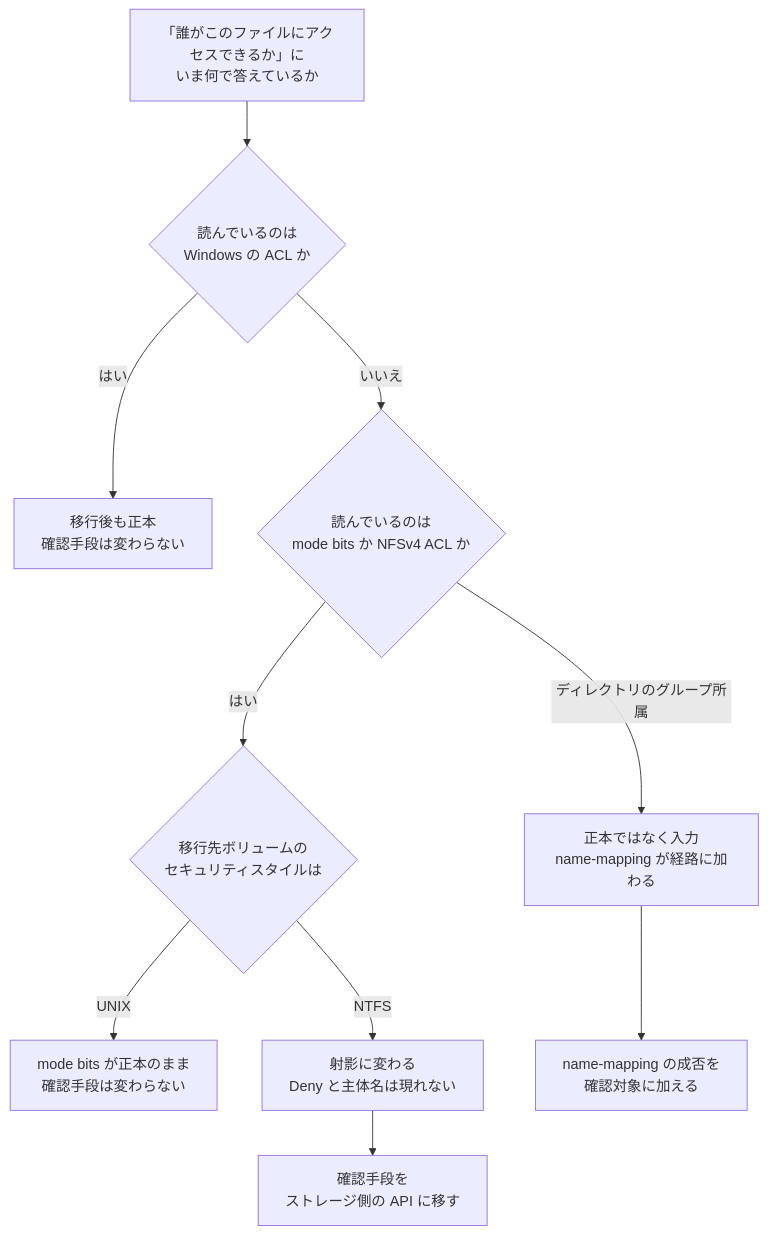
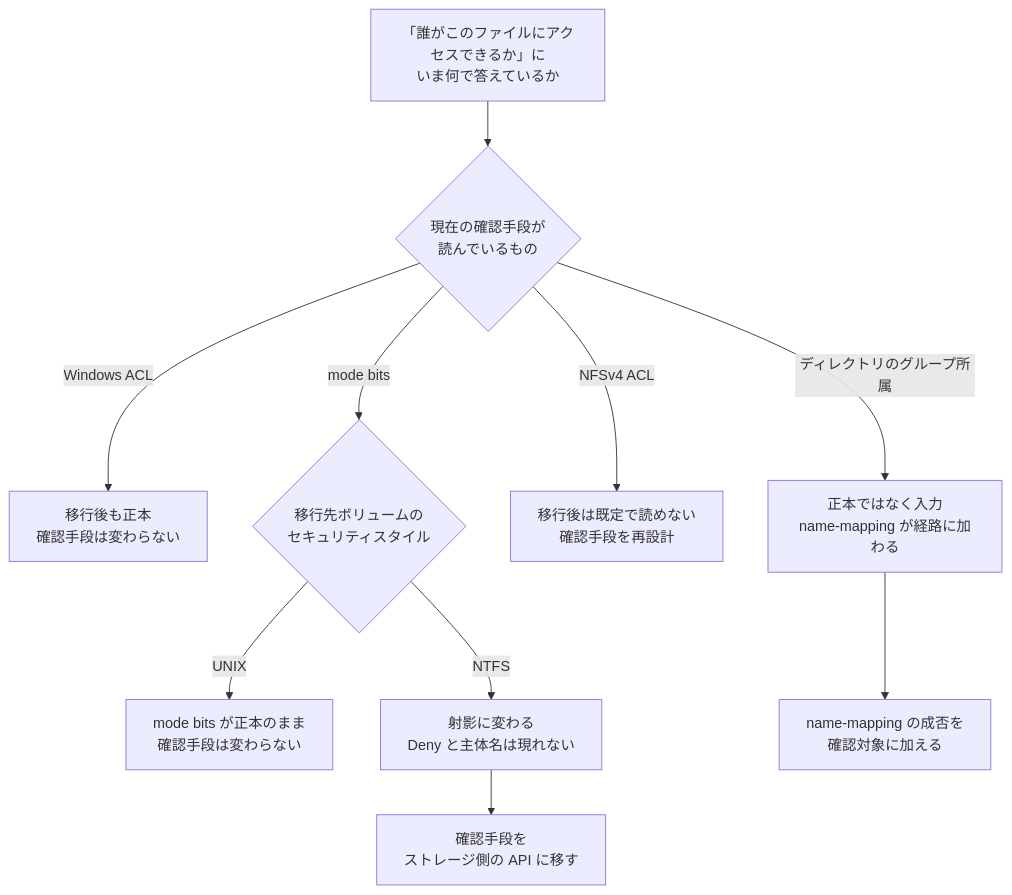
Before and after one commit to Yoshiki0705/FSx-for-ONTAP-Adoption-Playbook: the diagram in docs/ja/reference/decision-trees/verifying-permissions-after-a-protocol-change.md, drawn with Mermaid. The commit also changed 257 other files, not shown here.

````diff
--- a/docs/ja/reference/decision-trees/verifying-permissions-after-a-protocol-change.md
+++ b/docs/ja/reference/decision-trees/verifying-permissions-after-a-protocol-change.md
@@ -63,12 +63,12 @@
 ```mermaid
 graph TD
-    START["「誰がこのファイルにアクセスできるか」に<br/>いま何で答えているか"] --> Q1{"読んでいるのは<br/>Windows の ACL か"}
-    Q1 -->|はい| KEEP["移行後も正本<br/>確認手段は変わらない"]
-    Q1 -->|いいえ| Q2{"読んでいるのは<br/>mode bits か NFSv4 ACL か"}
-    Q2 -->|はい| Q3{"移行先ボリュームの<br/>セキュリティスタイルは"}
-    Q2 -->|ディレクトリのグループ所属| MAP["正本ではなく入力<br/>name-mapping が経路に加わる"]
+    START["「誰がこのファイルにアクセスできるか」に<br/>いま何で答えているか"] --> CURRENT{"現在の確認手段が<br/>読んでいるもの"}
+    CURRENT -->|Windows ACL| KEEP["移行後も正本<br/>確認手段は変わらない"]
+    CURRENT -->|mode bits| Q3{"移行先ボリュームの<br/>セキュリティスタイル"}
+    CURRENT -->|NFSv4 ACL| NFS4["移行後は既定で読めない<br/>確認手段を再設計"]
+    CURRENT -->|ディレクトリのグループ所属| MAP["正本ではなく入力<br/>name-mapping が経路に加わる"]
     Q3 -->|UNIX| KEEP2["mode bits が正本のまま<br/>確認手段は変わらない"]
     Q3 -->|NTFS| PROJ["射影に変わる<br/>Deny と主体名は現れない"]
     PROJ --> ACT["確認手段を<br/>ストレージ側の API に移す"]
     MAP --> ACT2["name-mapping の成否を<br/>確認対象に加える"]
 ```
````
